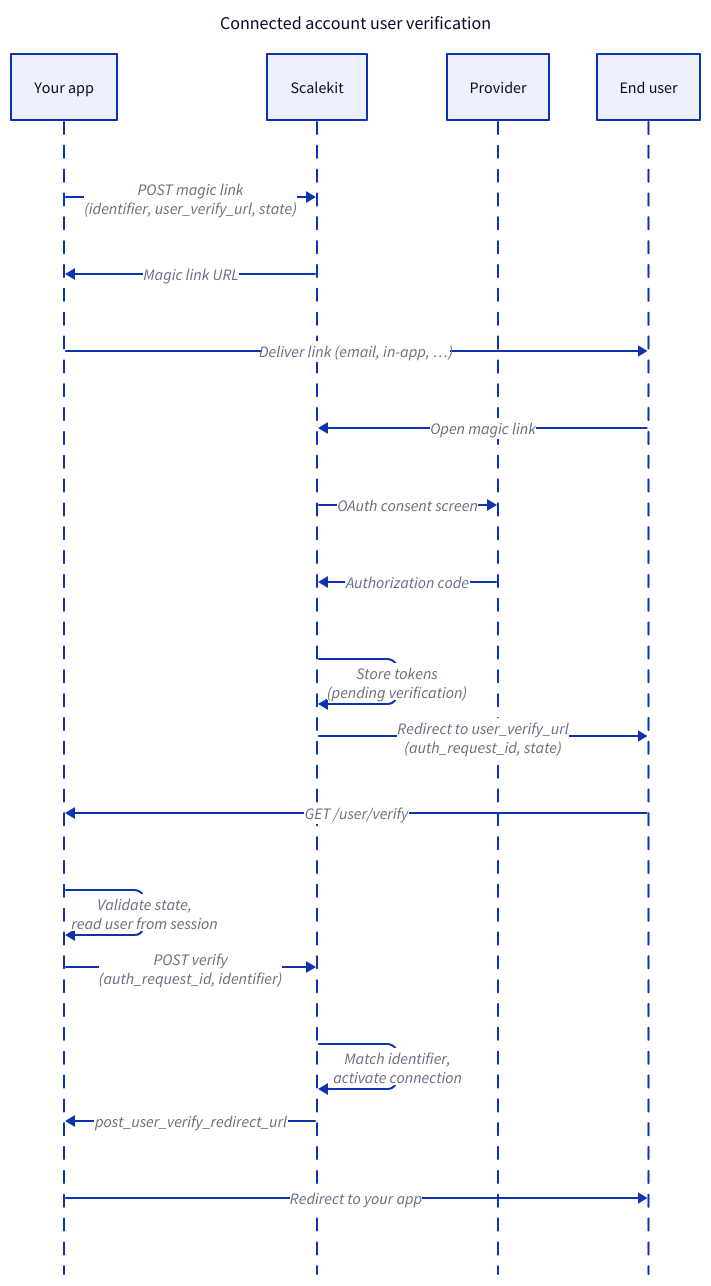
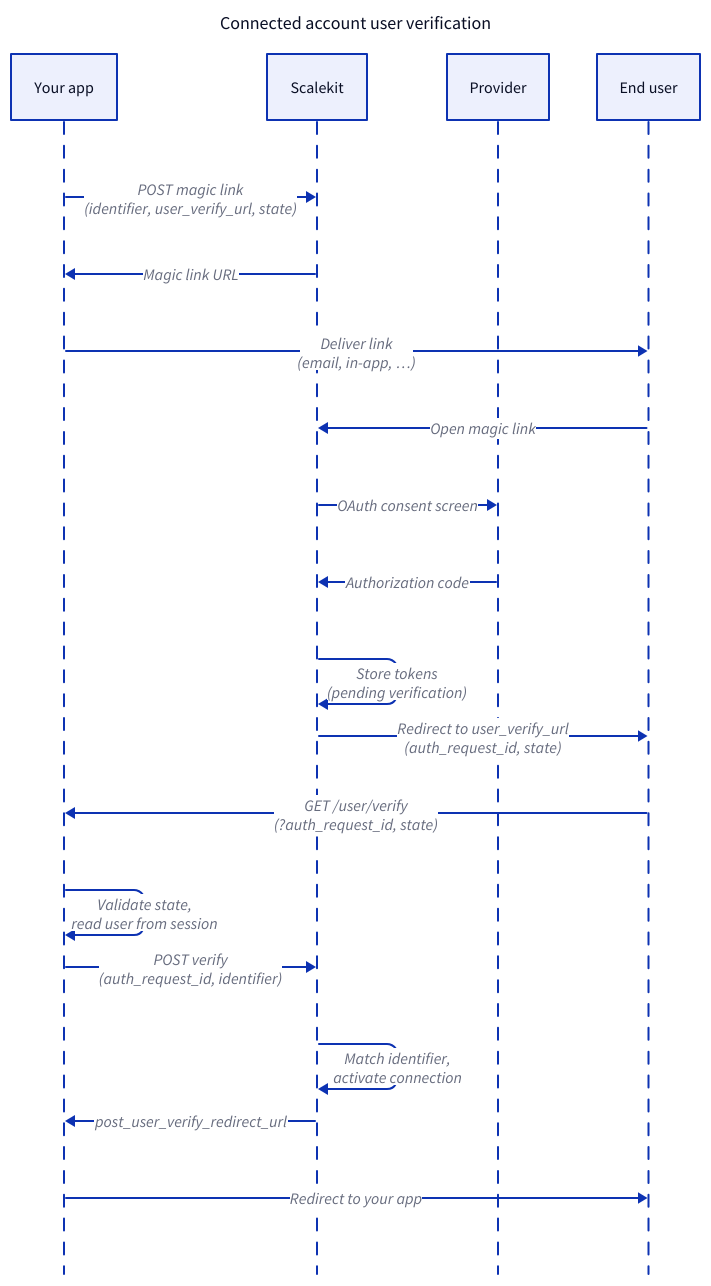
The diagram in src/content/docs/agent-auth/user-verification.mdx (scalekit-inc/developer-docs), drawn with D2 before and after one commit. The commit also changed 1 other file, not shown here.

Commit message:
update the image and lock the flow

````diff
--- a/src/content/docs/agent-auth/user-verification.mdx
+++ b/src/content/docs/agent-auth/user-verification.mdx
@@ -38,31 +38,31 @@
 ```d2 pad=36
 title: "Connected account user verification" {
   near: top-center
   shape: text
   style.font-size: 18
 }
 
 shape: sequence_diagram
 
 Your app
 Scalekit
 Provider
 End user
 
 Your app -> Scalekit: POST magic link\n(identifier, user_verify_url, state)
 Scalekit -> Your app: Magic link URL
-Your app -> End user: Deliver link (email, in-app, …)
+Your app -> End user: Deliver link\n(email, in-app, …)
 
 End user -> Scalekit: Open magic link
 Scalekit -> Provider: OAuth consent screen
 Provider -> Scalekit: Authorization code
 Scalekit -> Scalekit: Store tokens\n(pending verification)
 Scalekit -> End user: Redirect to user_verify_url\n(auth_request_id, state)
 
-End user -> Your app: GET /user/verify
+End user -> Your app: GET /user/verify\n(?auth_request_id, state)
 Your app -> Your app: Validate state,\nread user from session
 Your app -> Scalekit: POST verify\n(auth_request_id, identifier)
 Scalekit -> Scalekit: Match identifier,\nactivate connection
 Scalekit -> Your app: post_user_verify_redirect_url
 Your app -> End user: Redirect to your app
 ```
````
